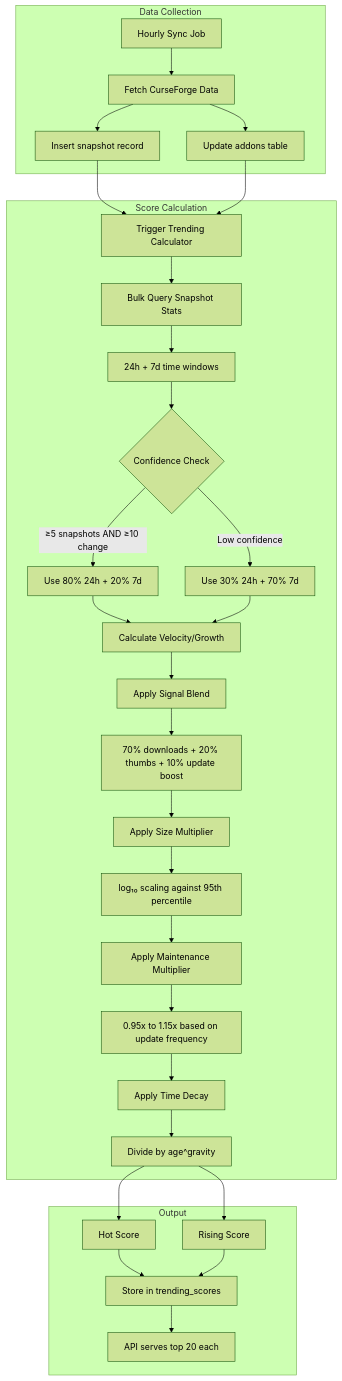
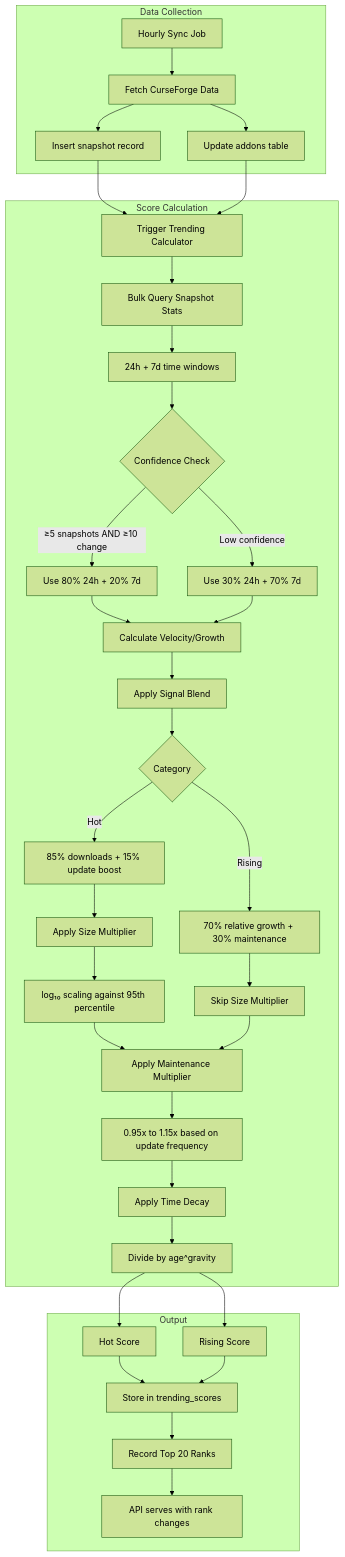
The first of 2 diagrams in docs/ALGORITHM.md (Postmodum37/addon-radar), drawn with Mermaid (forest theme) before and after one commit. The commit also changed other lines of this file and 9 other files, not shown here.

````diff
--- a/docs/ALGORITHM.md
+++ b/docs/ALGORITHM.md
@@ -50,43 +62,48 @@
 ```mermaid
 flowchart TB
     subgraph Data Collection
         A[Hourly Sync Job] --> B[Fetch CurseForge Data]
         B --> C[Update addons table]
         B --> D[Insert snapshot record]
     end
 
     subgraph Score Calculation
         E[Trigger Trending Calculator] --> F[Bulk Query Snapshot Stats]
         F --> G[24h + 7d time windows]
 
         G --> H{Confidence Check}
         H -->|≥5 snapshots AND ≥10 change| I[Use 80% 24h + 20% 7d]
         H -->|Low confidence| J[Use 30% 24h + 70% 7d]
 
         I --> K[Calculate Velocity/Growth]
         J --> K
 
         K --> L[Apply Signal Blend]
-        L --> M[70% downloads + 20% thumbs + 10% update boost]
+        L --> M{Category}
+        M -->|Hot| N[85% downloads + 15% update boost]
+        M -->|Rising| O[70% relative growth + 30% maintenance]
 
-        M --> N[Apply Size Multiplier]
-        N --> O[log₁₀ scaling against 95th percentile]
+        N --> P[Apply Size Multiplier]
+        P --> Q[log₁₀ scaling against 95th percentile]
 
-        O --> P[Apply Maintenance Multiplier]
-        P --> Q[0.95x to 1.15x based on update frequency]
+        O --> R[Skip Size Multiplier]
+        Q --> S[Apply Maintenance Multiplier]
+        R --> S
+        S --> T[0.95x to 1.15x based on update frequency]
 
-        Q --> R[Apply Time Decay]
-        R --> S[Divide by age^gravity]
+        T --> U[Apply Time Decay]
+        U --> V[Divide by age^gravity]
     end
 
     subgraph Output
-        S --> T[Hot Score]
-        S --> U[Rising Score]
-        T --> V[Store in trending_scores]
-        U --> V
-        V --> W[API serves top 20 each]
+        V --> W[Hot Score]
+        V --> X[Rising Score]
+        W --> Y[Store in trending_scores]
+        X --> Y
+        Y --> Z[Record Top 20 Ranks]
+        Z --> AA[API serves with rank changes]
     end
 
     D --> E
     C --> E
 ```
````
